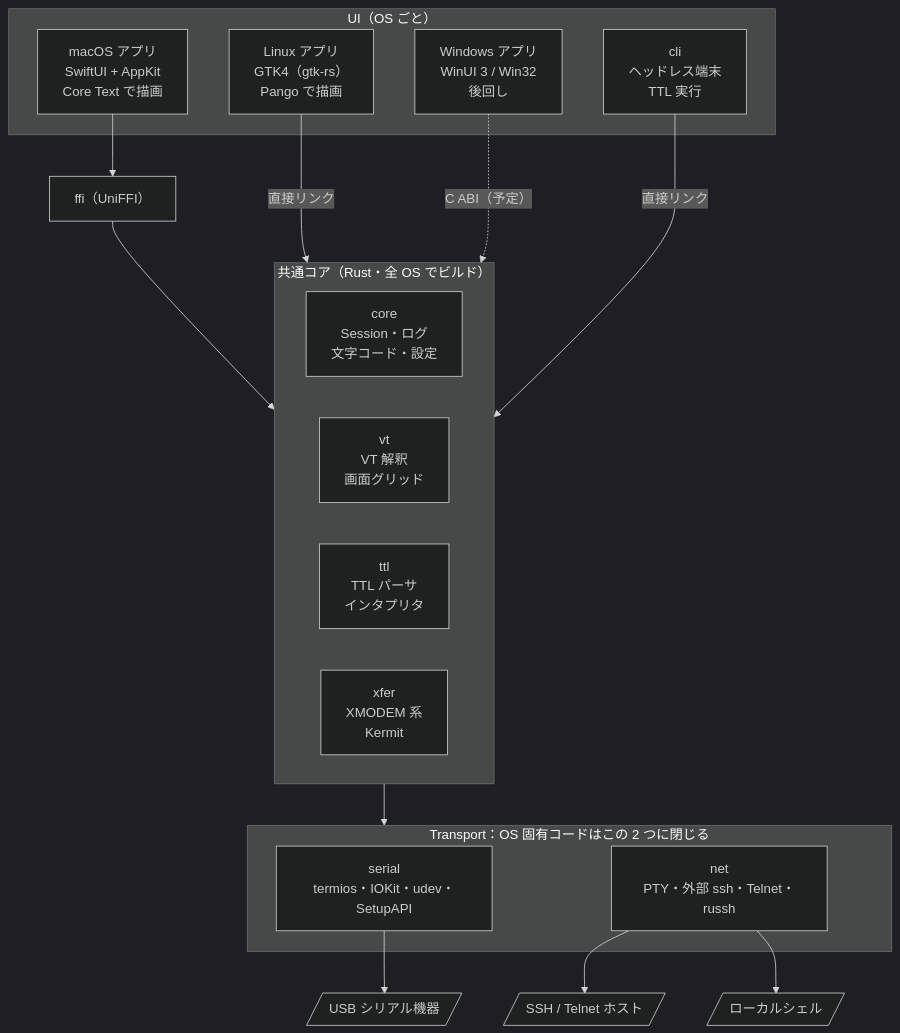
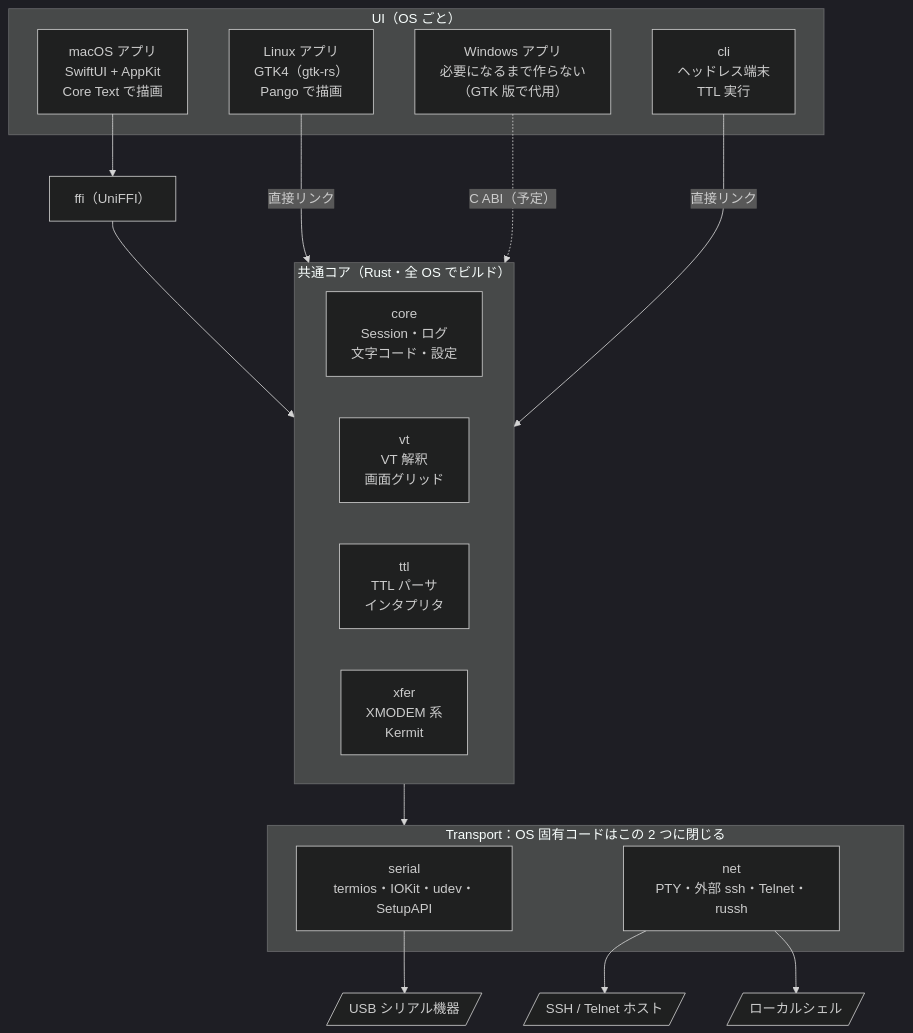
One commit to mizusystem/zettaterm changed the diagram in docs/design.md. Above: the diagram before and after it, drawn with Mermaid (dark theme). The commit also changed other lines of this file and 3 other files, not shown here.

````diff
--- a/docs/design.md
+++ b/docs/design.md
@@ -29,32 +29,32 @@
 ```mermaid
 flowchart TB
     subgraph UI["UI（OS ごと）"]
         mac["macOS アプリ<br/>SwiftUI + AppKit<br/>Core Text で描画"]
         linux["Linux アプリ<br/>GTK4（gtk-rs）<br/>Pango で描画"]
-        win["Windows アプリ<br/>WinUI 3 / Win32<br/>後回し"]
+        win["Windows アプリ<br/>必要になるまで作らない<br/>（GTK 版で代用）"]
         cli["cli<br/>ヘッドレス端末<br/>TTL 実行"]
     end
     ffi["ffi（UniFFI）"]
     subgraph CORE["共通コア（Rust・全 OS でビルド）"]
         core["core<br/>Session・ログ<br/>文字コード・設定"]
         vt["vt<br/>VT 解釈<br/>画面グリッド"]
         ttl["ttl<br/>TTL パーサ<br/>インタプリタ"]
         xfer["xfer<br/>XMODEM 系<br/>Kermit"]
     end
     subgraph TRANSPORT["Transport：OS 固有コードはこの 2 つに閉じる"]
         serial["serial<br/>termios・IOKit・udev・SetupAPI"]
         net["net<br/>PTY・外部 ssh・Telnet・russh"]
     end
     usb[/"USB シリアル機器"/]
     host[/"SSH / Telnet ホスト"/]
     shell[/"ローカルシェル"/]
 
     mac --> ffi --> CORE
     linux -- 直接リンク --> CORE
     win -. "C ABI（予定）" .-> CORE
     cli -- 直接リンク --> CORE
     CORE --> TRANSPORT
     serial --> usb
     net --> host
     net --> shell
 ```
````
